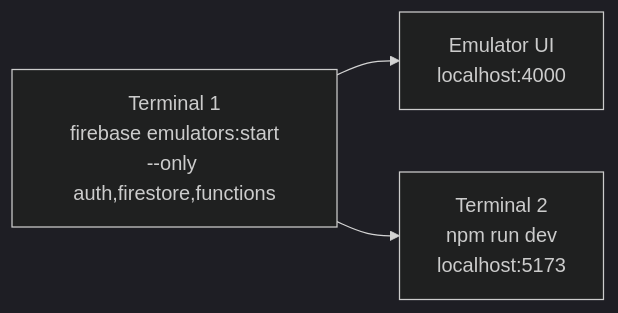
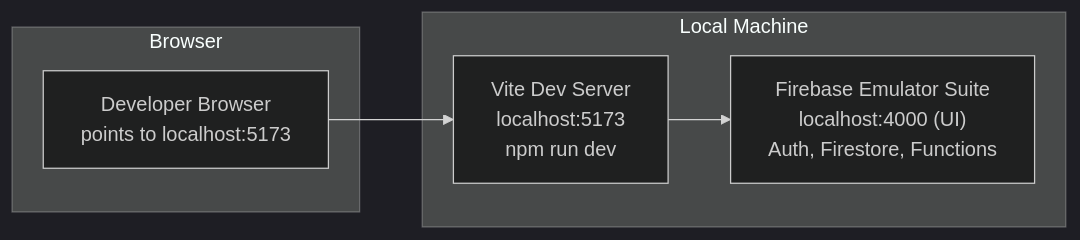
Before and after one commit to Oweeboi011/mms-open-climbs: the fourth of 5 diagrams in docs/DEPLOYMENT.md, drawn with Mermaid (dark theme). The commit also changed other lines of this file and 16 other files, not shown here.

````diff
--- a/docs/DEPLOYMENT.md
+++ b/docs/DEPLOYMENT.md
@@ -136,9 +273,14 @@
 ```mermaid
 flowchart LR
-    E["Terminal 1\nfirebase emulators:start\n--only auth,firestore,functions"]
-    V["Terminal 2\nnpm run dev\nlocalhost:5173"]
-    EU["Emulator UI\nlocalhost:4000"]
+    subgraph Local["Local Machine"]
+        V["Vite Dev Server\nlocalhost:5173\nnpm run dev"]
+        E["Firebase Emulator Suite\nlocalhost:4000 (UI)\nAuth, Firestore, Functions"]
+    end
 
-    E --> EU
-    E --> V
+    subgraph Browser["Browser"]
+        B["Developer Browser\npoints to localhost:5173"]
+    end
+
+    B --> V
+    V --> E
 ```
````
